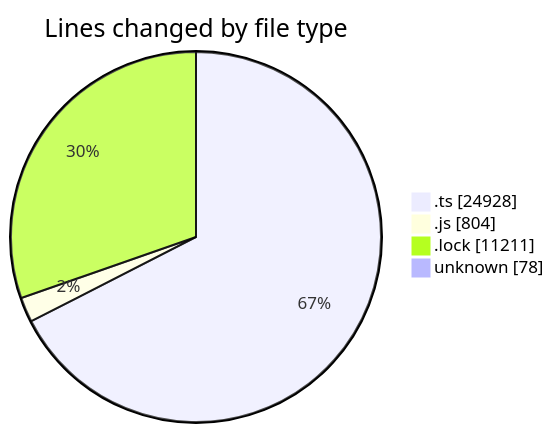
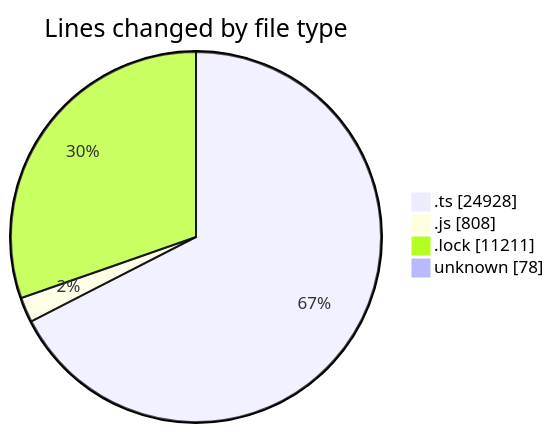
The first of 2 diagrams in 2025-05-20/cda/README.md (momahboobian/code-tracking), drawn with Mermaid before and after one commit. The commit also changed other lines of this file and 1 other file, not shown here.

````diff
--- a/2025-05-20/cda/README.md
+++ b/2025-05-20/cda/README.md
@@ -36,8 +36,8 @@
 ```mermaid
 pie showData
 title Lines changed by file type
 ".ts" : 24928
-".js" : 804
+".js" : 808
 ".lock" : 11211
 "unknown" : 78
 ```
````
